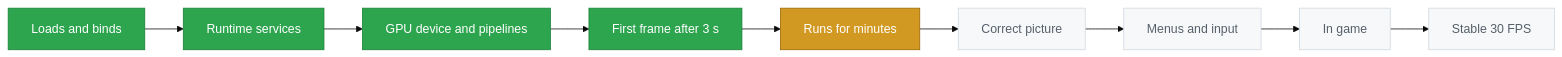
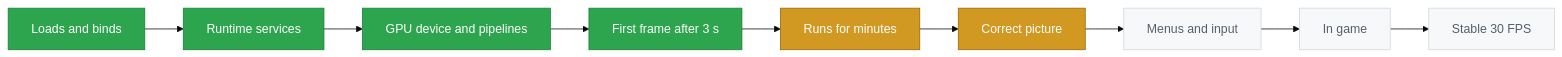
One commit to mewiof/Holy-Interoperability changed the diagram in README.md. Above: the diagram before and after it, drawn with Mermaid (base theme). The commit also changed other lines of this file, not shown here.

````diff
--- a/README.md
+++ b/README.md
@@ -22,11 +23,11 @@
 ```mermaid
 flowchart LR
   load[Loads and binds] --> boot[Runtime services] --> gpu[GPU device and pipelines] --> first[First frame after 3 s]
   first --> stable[Runs for minutes] --> picture[Correct picture] --> menu[Menus and input] --> game[In game] --> fps[Stable 30 FPS]
   classDef done fill:#2da44e,color:#ffffff,stroke:#1a7f37
   classDef active fill:#d29922,color:#ffffff,stroke:#9a6700
   classDef open fill:#f6f8fa,color:#57606a,stroke:#d0d7de
   class load,boot,gpu,first done
-  class stable active
-  class picture,menu,game,fps open
+  class stable,picture active
+  class menu,game,fps open
 ```
````
